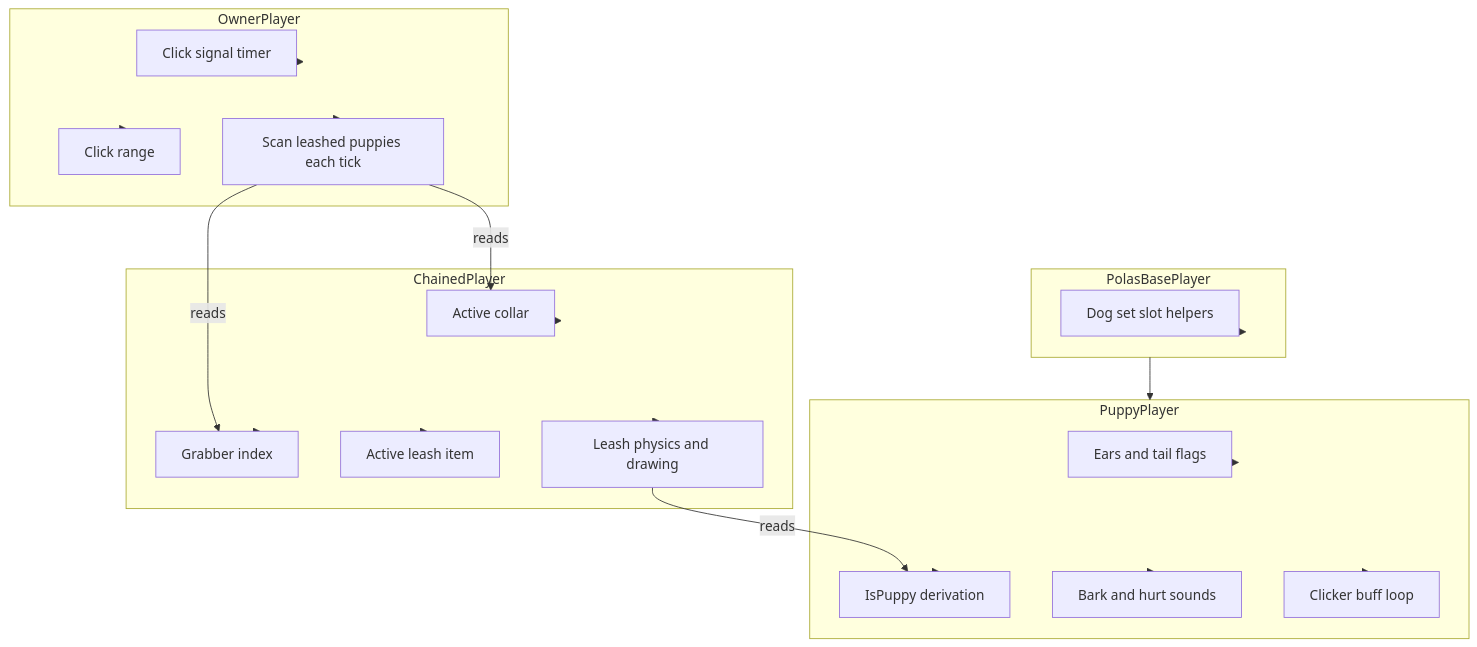
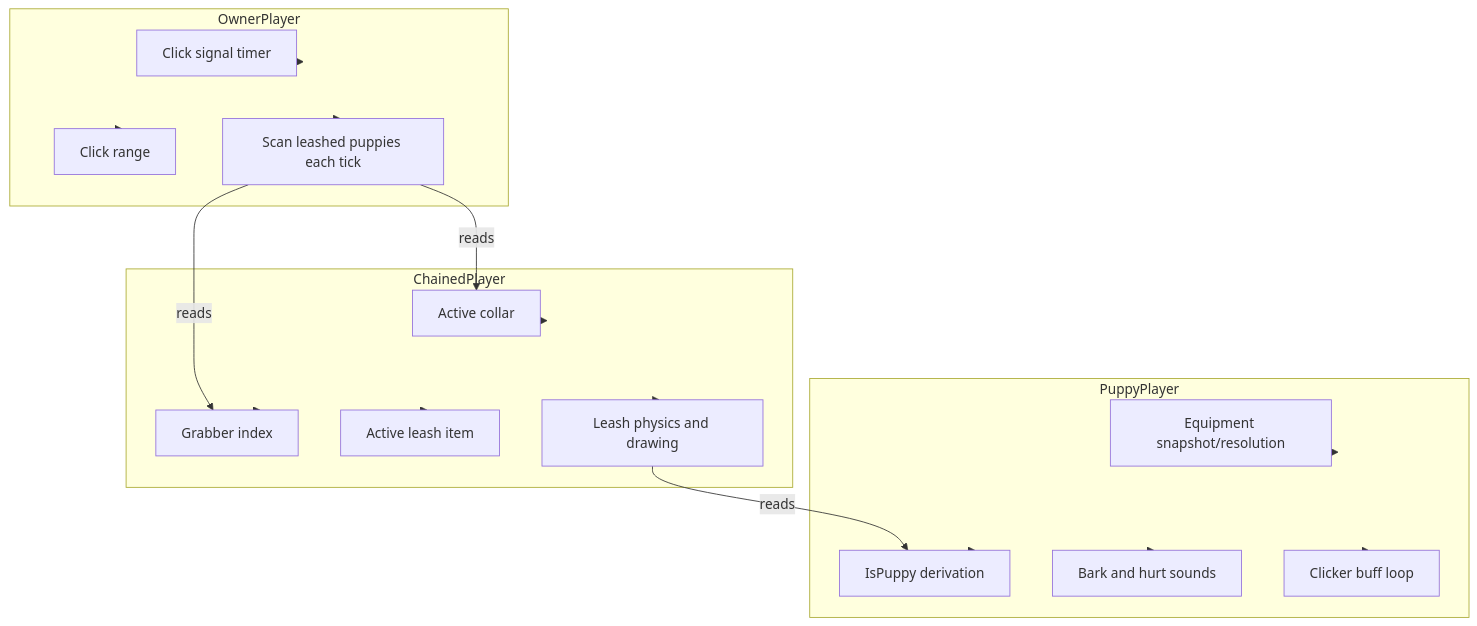
Before and after one commit to POLA-LCS/PolasPuppyMod: the diagram in docs/Player-State-Hierarchy.md, drawn with Mermaid. The commit also changed other lines of this file and 14 other files, not shown here.

Commit message:
refactor: centralize puppy equipment resolution

````diff
--- a/docs/Player-State-Hierarchy.md
+++ b/docs/Player-State-Hierarchy.md
@@ -7,43 +7,37 @@
 ```mermaid
 flowchart TB
-    subgraph Base[PolasBasePlayer]
-        Helper[Dog set slot helpers]
-    end
-
     subgraph PuppySide[PuppyPlayer]
-        EarsTail[Ears and tail flags]
+        Equipment[Equipment snapshot/resolution]
         IsPuppy[IsPuppy derivation]
         BarkSys[Bark and hurt sounds]
         ClickerLoop[Clicker buff loop]
     end
 
     subgraph ChainedSide[ChainedPlayer]
         Collar[Active collar]
         Grabber[Grabber index]
         LeashItem[Active leash item]
         Physics[Leash physics and drawing]
     end
 
     subgraph OwnerSide[OwnerPlayer]
         ClickSignal[Click signal timer]
         ClickRange[Click range]
         OwnerScan[Scan leashed puppies each tick]
     end
 
-    Base --> PuppySide
-    Base --> Helper
     PuppySide --> IsPuppy
-    PuppySide --> EarsTail
+    PuppySide --> Equipment
     PuppySide --> BarkSys
     PuppySide --> ClickerLoop
     ChainedSide --> Collar
     ChainedSide --> Grabber
     ChainedSide --> LeashItem
     ChainedSide --> Physics
     OwnerSide --> ClickSignal
     OwnerSide --> ClickRange
     OwnerSide --> OwnerScan
     OwnerScan -- reads --> Grabber
     OwnerScan -- reads --> Collar
     Physics -- reads --> IsPuppy
 ```
````
